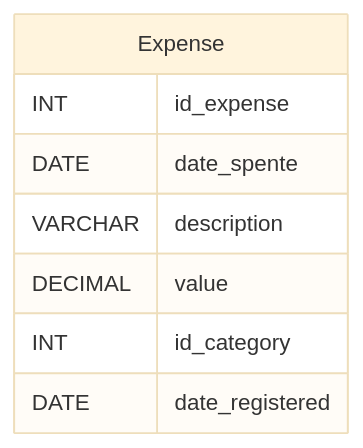
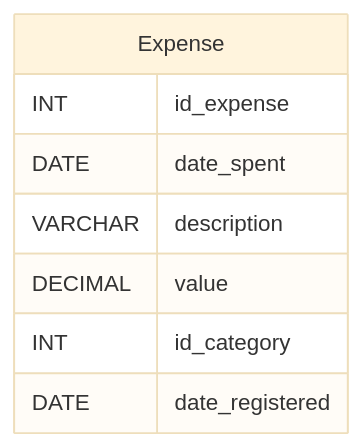
One commit to anthony-gg1/controle-gastos changed the diagram in documentation/diagrams/src/Expense.mmd. Above: the diagram before and after it, drawn with Mermaid (base theme).

Commit message:
Ajuste no código do diagrama Expense

```diff
--- a/documentation/diagrams/src/Expense.mmd
+++ b/documentation/diagrams/src/Expense.mmd
@@ -1,9 +1,9 @@
 erDiagram
      Expense {
         INT id_expense
-        DATE date_spente
+        DATE date_spent
         VARCHAR description
         DECIMAL value
         INT id_category
         DATE date_registered
     }
```
